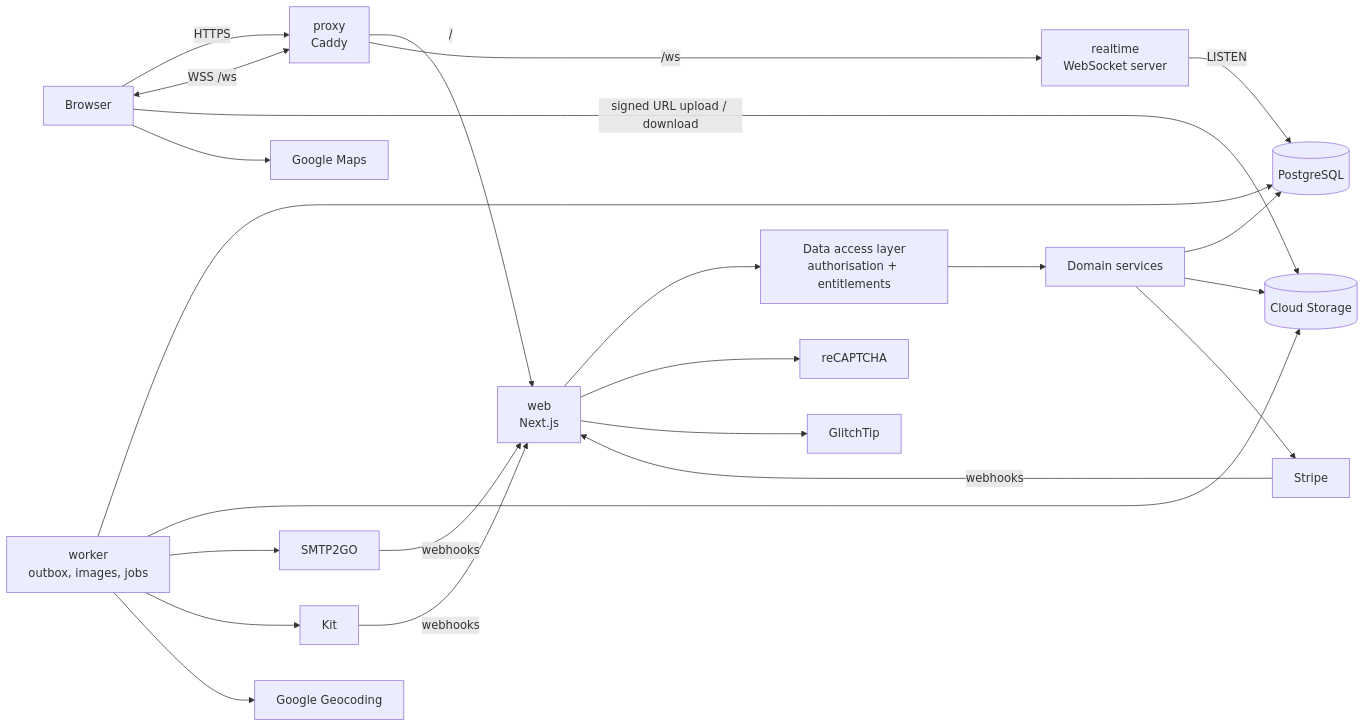
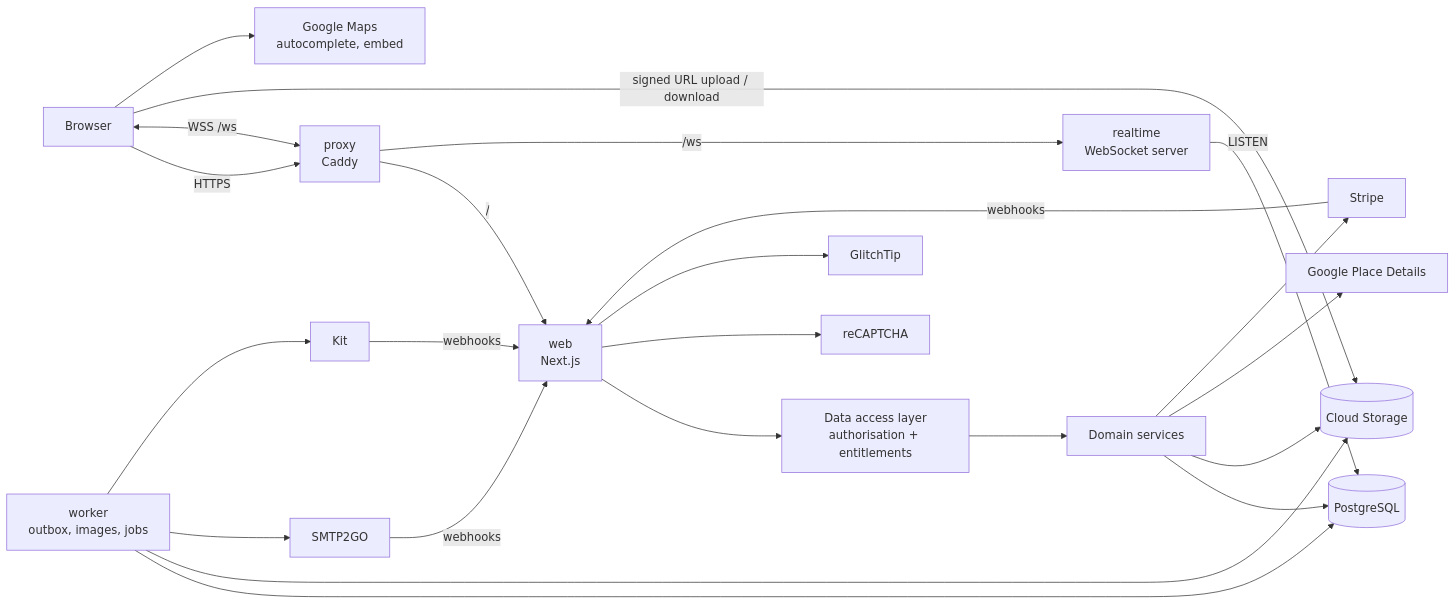
Before and after one commit to Skyline-Meridian/offload: the first of 2 diagrams in docs/architectural design/01. general_design.md, drawn with Mermaid. The commit also changed other lines of this file and 4 other files, not shown here.

Commit message:
Finalise offers, applications and messaging design (04); address autocomplete with place ids, offer drafts, SMTP2GO templates

````diff
--- a/docs/architectural design/01. general_design.md
+++ b/docs/architectural design/01. general_design.md
@@ -41,25 +41,25 @@
 ```mermaid
 flowchart LR
   B[Browser] -->|HTTPS| X[proxy<br/>Caddy]
   B <-->|WSS /ws| X
   X -->|/| N[web<br/>Next.js]
   X -->|/ws| RT[realtime<br/>WebSocket server]
   N --> DAL[Data access layer<br/>authorisation + entitlements]
   DAL --> SVC[Domain services]
   SVC --> DB[(PostgreSQL)]
   RT -->|LISTEN| DB
   W[worker<br/>outbox, images, jobs] --> DB
   SVC --> GCS[(Cloud Storage)]
   W --> GCS
   B -->|signed URL upload / download| GCS
   W --> MAIL[SMTP2GO]
   W --> NEWS[Kit]
-  W --> GEO[Google Geocoding]
-  B --> MAPS[Google Maps]
+  B --> MAPS[Google Maps<br/>autocomplete, embed]
+  SVC --> PLACES[Google Place Details]
   N --> RC[reCAPTCHA]
   SVC --> STRIPE[Stripe]
   STRIPE -->|webhooks| N
   MAIL -->|webhooks| N
   NEWS -->|webhooks| N
   N --> GT[GlitchTip]
 ```
````
